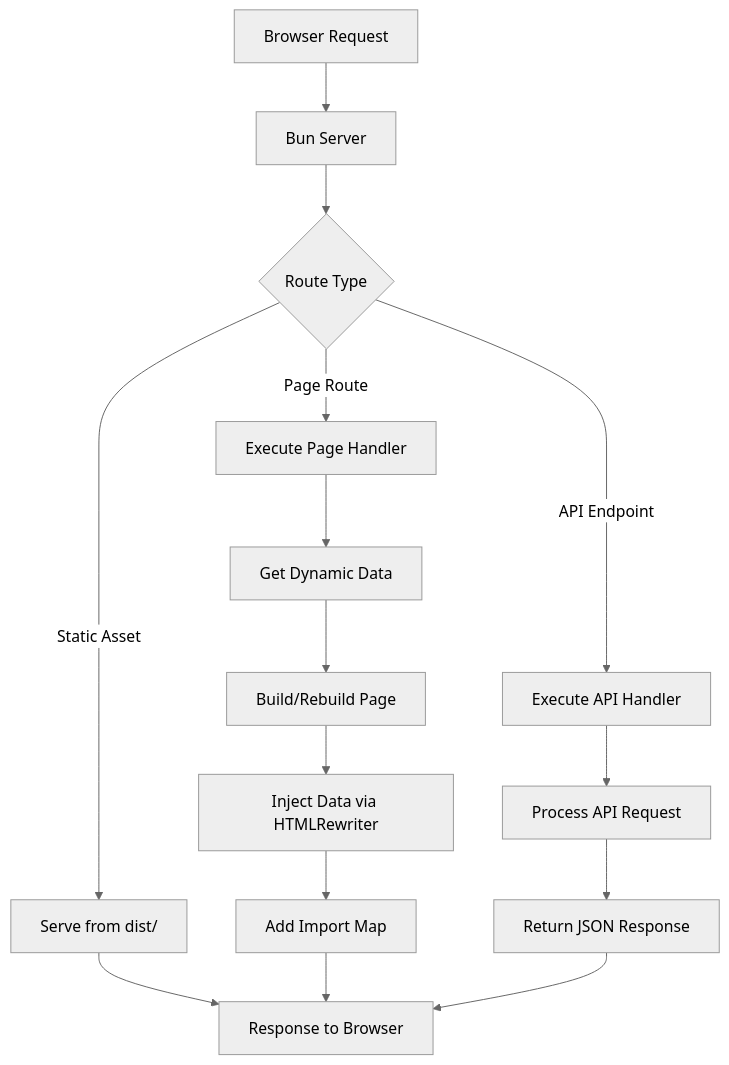
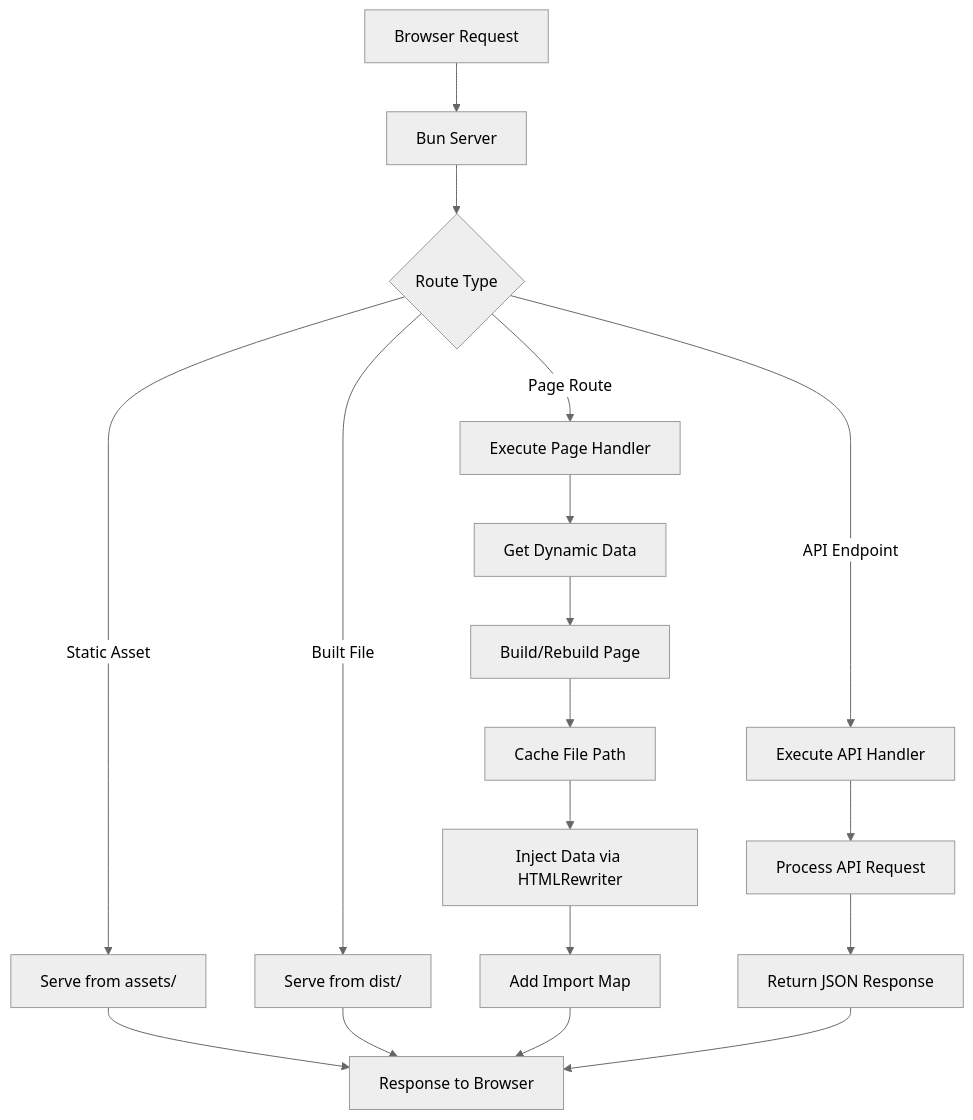
The diagram in README.md (Mements/melina.js), drawn with Mermaid (neutral theme) before and after one commit. The commit also changed other lines of this file and 2 other files, not shown here.

First line of the commit message:
improve logging, add file caching and static assets support

````diff
--- a/README.md
+++ b/README.md
@@ -236,20 +284,23 @@
 ```mermaid
 graph TD
     A[Browser Request] --> B[Bun Server]
     B --> C{Route Type}
-    C -->|Static Asset| D[Serve from dist/]
-    C -->|Page Route| E[Execute Page Handler]
-    C -->|API Endpoint| F[Execute API Handler]
+    C -->|Static Asset| D[Serve from assets/]
+    C -->|Built File| E[Serve from dist/]
+    C -->|Page Route| F[Execute Page Handler]
+    C -->|API Endpoint| G[Execute API Handler]
     
-    E --> G[Get Dynamic Data]
-    G --> H[Build/Rebuild Page]
-    H --> I[Inject Data via HTMLRewriter]
-    I --> J[Add Import Map]
+    F --> H[Get Dynamic Data]
+    H --> I[Build/Rebuild Page]
+    I --> J[Cache File Path]
+    J --> K[Inject Data via HTMLRewriter]
+    K --> L[Add Import Map]
     
-    F --> K[Process API Request]
-    K --> L[Return JSON Response]
+    G --> M[Process API Request]
+    M --> N[Return JSON Response]
     
-    D --> M[Response to Browser]
-    J --> M
-    L --> M
+    D --> O[Response to Browser]
+    E --> O
+    L --> O
+    N --> O
 ```
````
